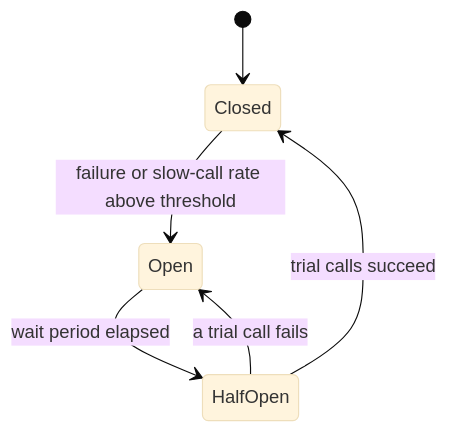
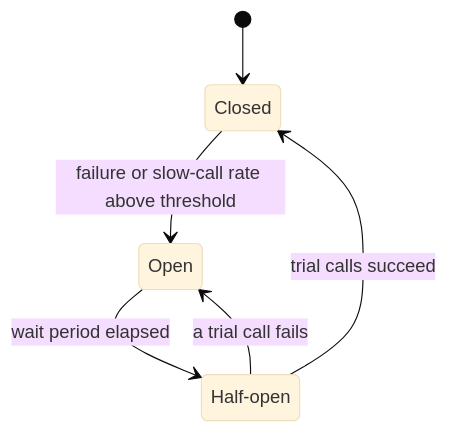
The second of 2 diagrams in src/content/docs/reliability/resilience-patterns.mdx (butyavk/system-design), drawn with Mermaid (base theme) before and after one commit. The commit also changed other lines of this file and 144 other files, not shown here.

````diff
--- a/src/content/docs/reliability/resilience-patterns.mdx
+++ b/src/content/docs/reliability/resilience-patterns.mdx
@@ -145,8 +145,9 @@
 ```mermaid
 stateDiagram-v2
   [*] --> Closed
   Closed --> Open: failure or slow-call rate above threshold
   Open --> HalfOpen: wait period elapsed
   HalfOpen --> Closed: trial calls succeed
   HalfOpen --> Open: a trial call fails
+  state "Half-open" as HalfOpen
 ```
````
